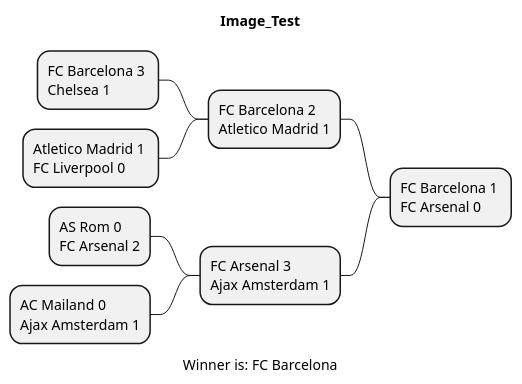
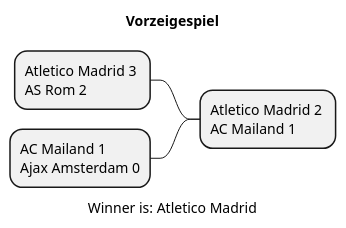
Before and after one commit to htl-leonding-project/2022-4ahif-autohaus: the diagram in asciidocs/plantuml/Result.puml, drawn with PlantUML. The commit also changed 7 other files, not shown here.

```diff
--- a/asciidocs/plantuml/Result.puml
+++ b/asciidocs/plantuml/Result.puml
@@ -1,18 +1,10 @@
-@startmindmap Image_Test.png
-title Image_Test
+@startmindmap Vorzeigespiel.png
+title Vorzeigespiel
 
-- FC Barcelona 1 \nFC Arsenal 0
+- Atletico Madrid 2 \nAC Mailand 1
 
--- FC Barcelona 2 \nAtletico Madrid 1
+-- Atletico Madrid 3 \nAS Rom 2
 
---- FC Barcelona 3 \nChelsea 1
-
---- Atletico Madrid 1 \nFC Liverpool 0
-
--- FC Arsenal 3 \nAjax Amsterdam 1
-
---- AS Rom 0 \nFC Arsenal 2
-
---- AC Mailand 0 \nAjax Amsterdam 1
-caption Winner is: FC Barcelona
+-- AC Mailand 1 \nAjax Amsterdam 0
+caption Winner is: Atletico Madrid
 @endmindmap
```
